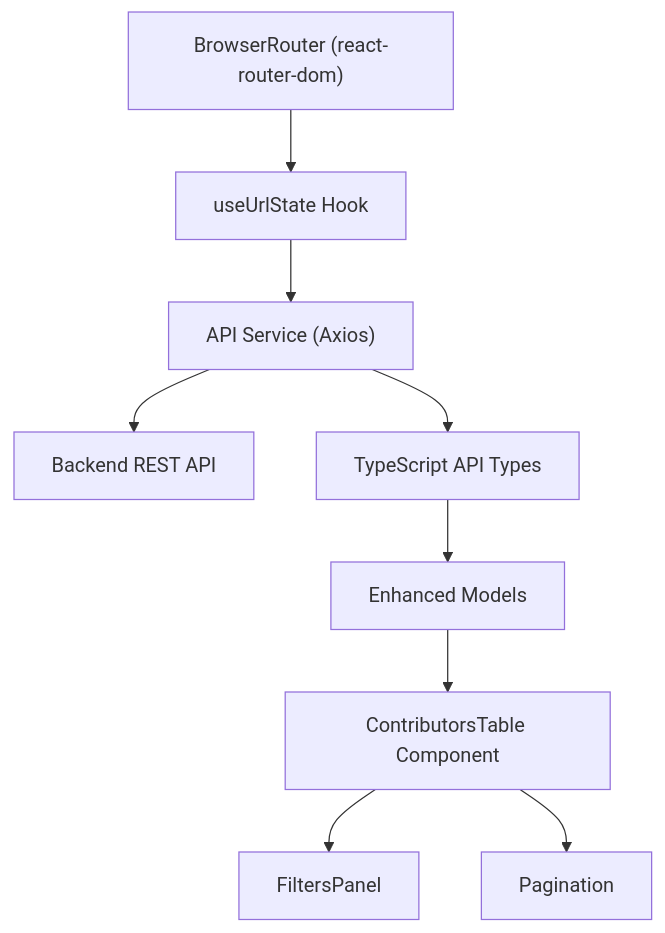
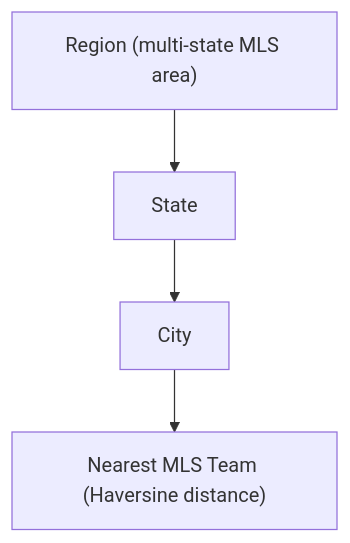
Before and after one commit to flamingo-stack/major-league-github: the seventh of 8 diagrams in docs/development/architecture/README.md, drawn with Mermaid. The commit also changed other lines of this file and 8 other files, not shown here.

````diff
--- a/docs/development/architecture/README.md
+++ b/docs/development/architecture/README.md
@@ -149,11 +203,6 @@
 ```mermaid
 flowchart TD
-    BrowserRouter["BrowserRouter (react-router-dom)"] --> useUrlState["useUrlState Hook"]
-    useUrlState --> APIService["API Service (Axios)"]
-    APIService --> Backend["Backend REST API"]
-    APIService --> Types["TypeScript API Types"]
-    Types --> EnhancedTypes["Enhanced Models"]
-    EnhancedTypes --> ContributorsTable["ContributorsTable Component"]
-    ContributorsTable --> FiltersPanel["FiltersPanel"]
-    ContributorsTable --> Pagination["Pagination"]
+    Region["Region (multi-state MLS area)"] --> State["State"]
+    State --> City["City"]
+    City --> SoccerTeam["Nearest MLS Team (Haversine distance)"]
 ```
````
